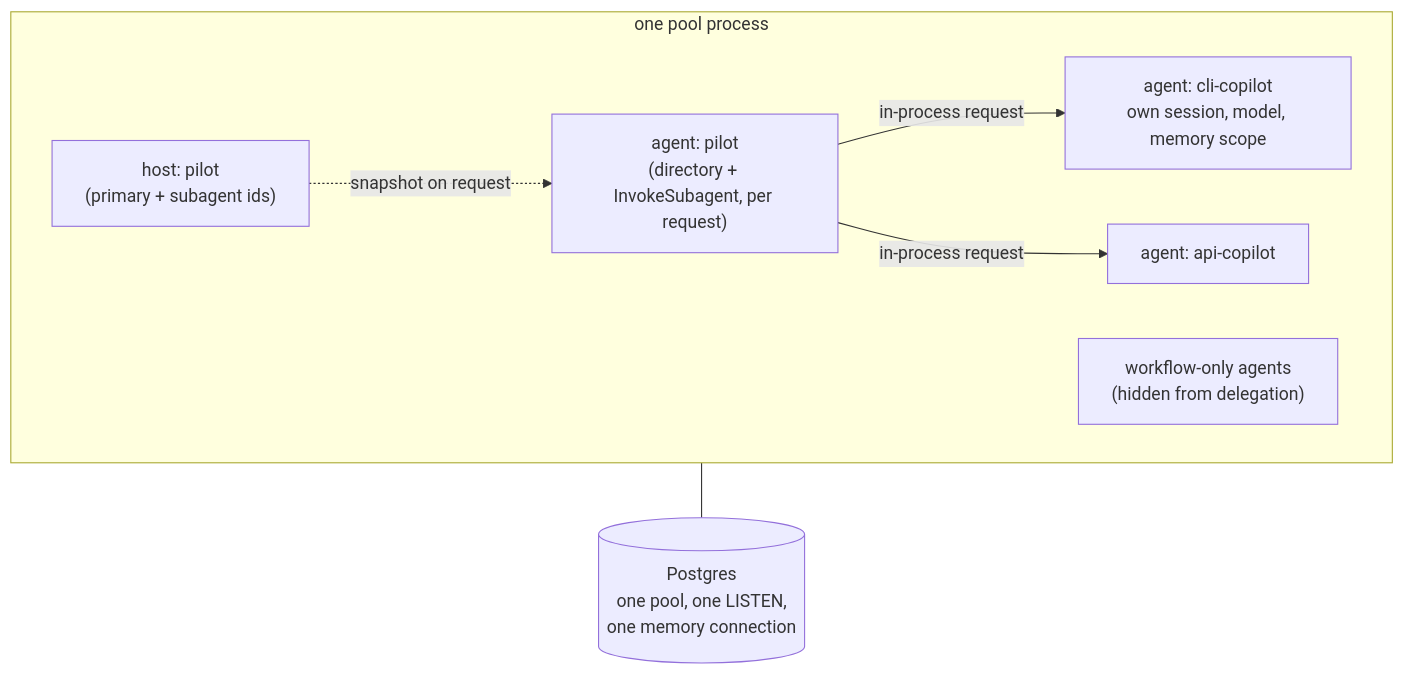
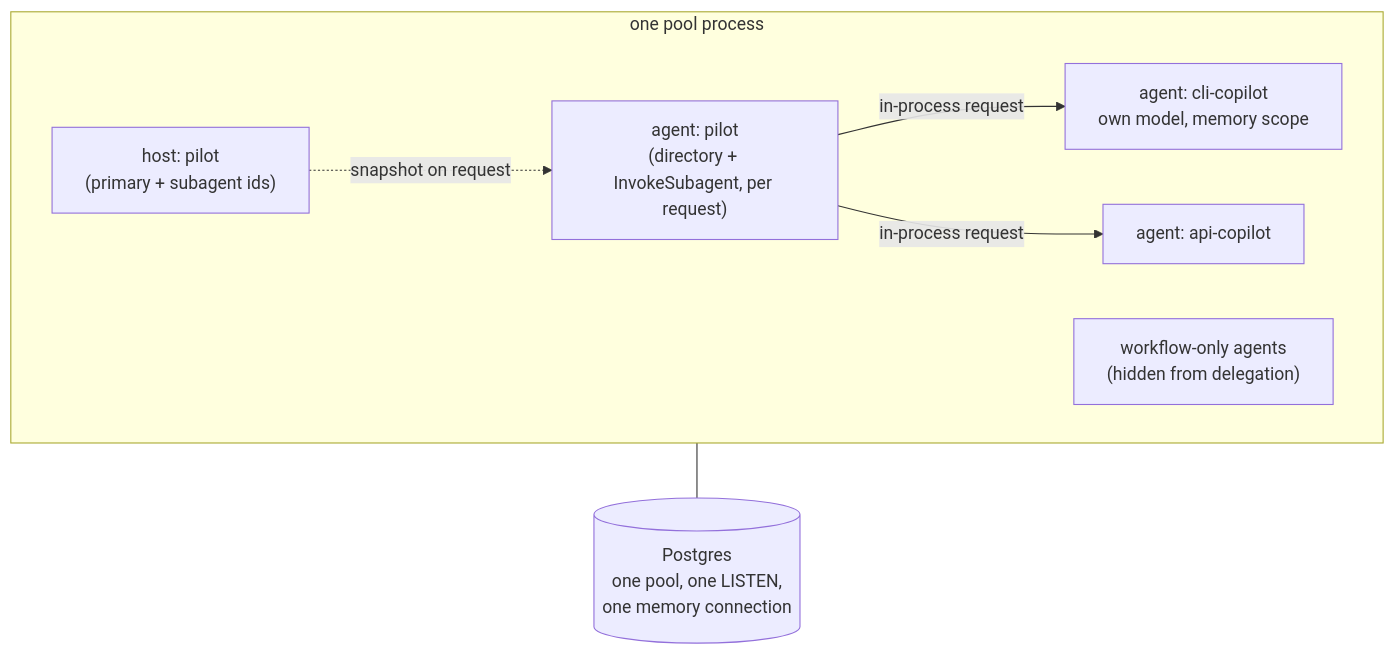
One commit to imsid/mashpy changed the diagram in docs/posts/composing-agents.md. Above: the diagram before and after it, drawn with Mermaid. The commit also changed other lines of this file and 2 other files, not shown here.

First line of the commit message:
docs: correct posts for the one-session model

````diff
--- a/docs/posts/composing-agents.md
+++ b/docs/posts/composing-agents.md
@@ -84,15 +84,15 @@
 ```mermaid
 flowchart TD
     subgraph pool ["one pool process"]
         H["host: pilot\n(primary + subagent ids)"]
         P["agent: pilot\n(directory + InvokeSubagent, per request)"]
-        A["agent: cli-copilot\nown session, model, memory scope"]
+        A["agent: cli-copilot\nown model, memory scope"]
         B["agent: api-copilot"]
         W["workflow-only agents\n(hidden from delegation)"]
         H -. "snapshot on request" .-> P
         P -- "in-process request" --> A
         P -- "in-process request" --> B
     end
     PG[("Postgres\none pool, one LISTEN,\none memory connection")]
     pool --- PG
 ```
````
